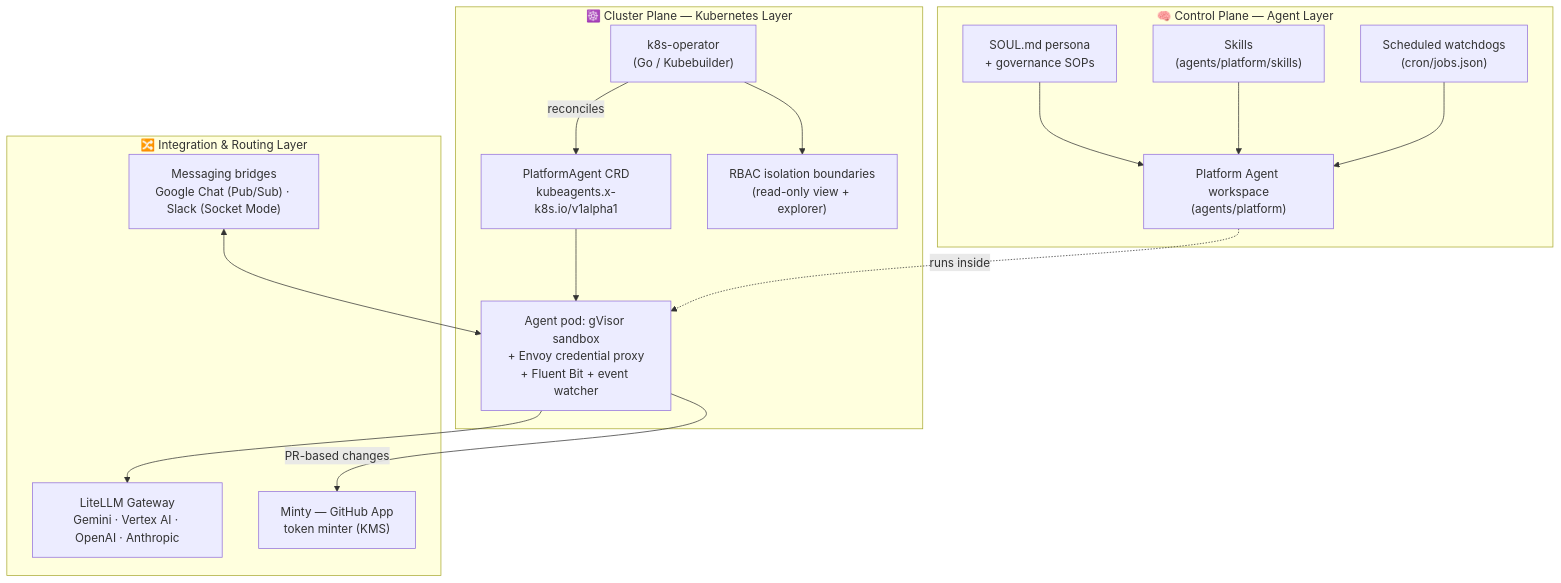
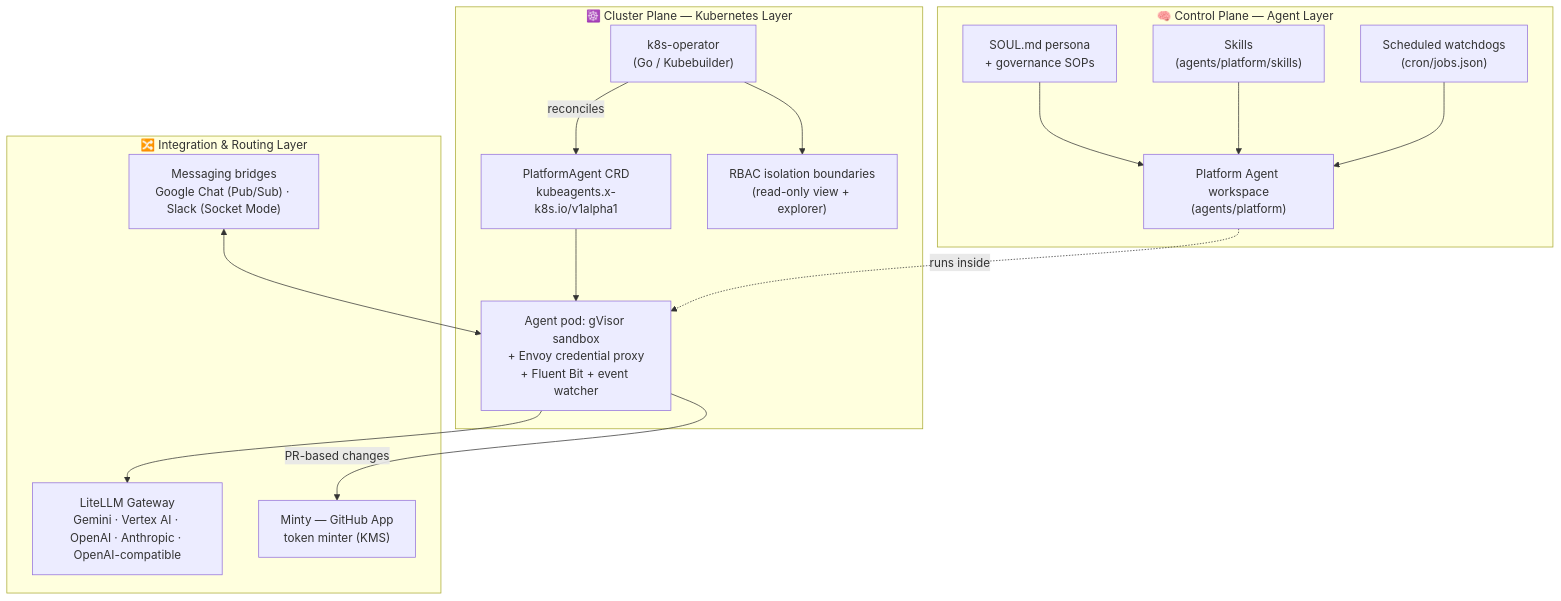
Before and after one commit to Fuxiao-Gao/kube-agents: the diagram in README.md, drawn with Mermaid. The commit also changed 4 other files, not shown here.

First line of the commit message:
fix(installer): agree with the chart on padded ports, clear the unused egress value

````diff
--- a/README.md
+++ b/README.md
@@ -164,33 +164,33 @@
 ```mermaid
 flowchart TB
     subgraph agent["🧠 Control Plane — Agent Layer"]
         SOUL["SOUL.md persona<br/>+ governance SOPs"]
         SKILLS["Skills<br/>(agents/platform/skills)"]
         CRON["Scheduled watchdogs<br/>(cron/jobs.json)"]
         PA["Platform Agent workspace<br/>(agents/platform)"]
         SOUL --> PA
         SKILLS --> PA
         CRON --> PA
     end
 
     subgraph cluster["☸️ Cluster Plane — Kubernetes Layer"]
         OP["k8s-operator<br/>(Go / Kubebuilder)"]
         CRD["PlatformAgent CRD<br/>kubeagents.x-k8s.io/v1alpha1"]
         POD["Agent pod: gVisor sandbox<br/>+ Envoy credential proxy<br/>+ Fluent Bit + event watcher"]
         RBAC["RBAC isolation boundaries<br/>(read-only view + explorer)"]
         OP -->|reconciles| CRD
         CRD --> POD
         OP --> RBAC
     end
 
     subgraph integration["🔀 Integration & Routing Layer"]
-        LLM["LiteLLM Gateway<br/>Gemini · Vertex AI · OpenAI · Anthropic"]
+        LLM["LiteLLM Gateway<br/>Gemini · Vertex AI · OpenAI · Anthropic · OpenAI-compatible"]
         CHAT["Messaging bridges<br/>Google Chat (Pub/Sub) · Slack (Socket Mode)"]
         GH["Minty — GitHub App<br/>token minter (KMS)"]
     end
 
     PA -.runs inside.-> POD
     POD --> LLM
     CHAT <--> POD
     POD -->|PR-based changes| GH
 ```
````
